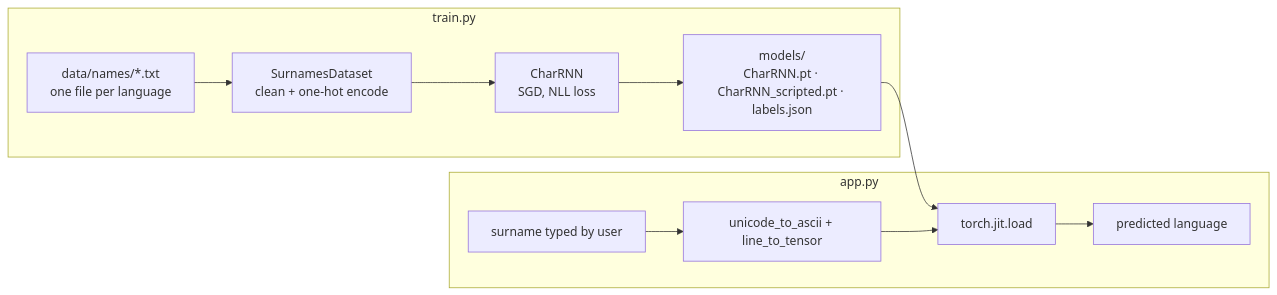
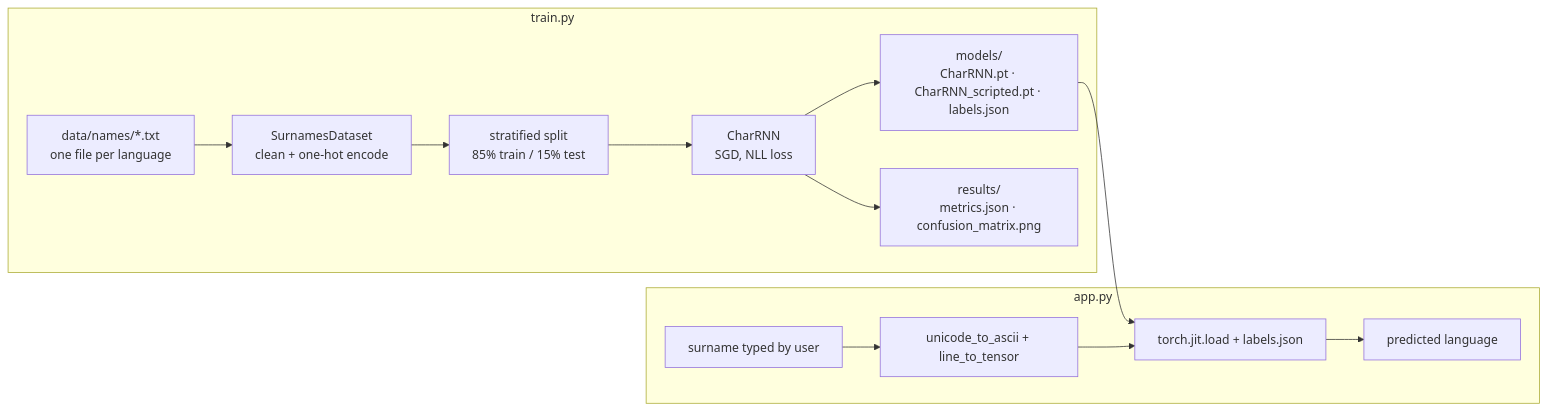
The diagram in README.md (kishorhange111/surname-origin-classifier-rnn), drawn with Mermaid before and after one commit. The commit also changed other lines of this file and 2 other files, not shown here.

First line of the commit message:
README: report measured test metrics, per-language table and class imbalance

````diff
--- a/README.md
+++ b/README.md
@@ -22,13 +64,15 @@
 ```mermaid
 flowchart LR
     subgraph Training ["train.py"]
         D["data/names/*.txt<br/>one file per language"] --> P1["SurnamesDataset<br/>clean + one-hot encode"]
-        P1 --> T["CharRNN<br/>SGD, NLL loss"]
+        P1 --> SP["stratified split<br/>85% train / 15% test"]
+        SP --> T["CharRNN<br/>SGD, NLL loss"]
         T --> X["models/<br/>CharRNN.pt · CharRNN_scripted.pt · labels.json"]
+        T --> R["results/<br/>metrics.json · confusion_matrix.png"]
     end
     subgraph Serving ["app.py"]
         U["surname typed by user"] --> P2["unicode_to_ascii + line_to_tensor"]
-        X --> M["torch.jit.load"]
+        X --> M["torch.jit.load + labels.json"]
         P2 --> M --> O["predicted language"]
     end
 ```
````
